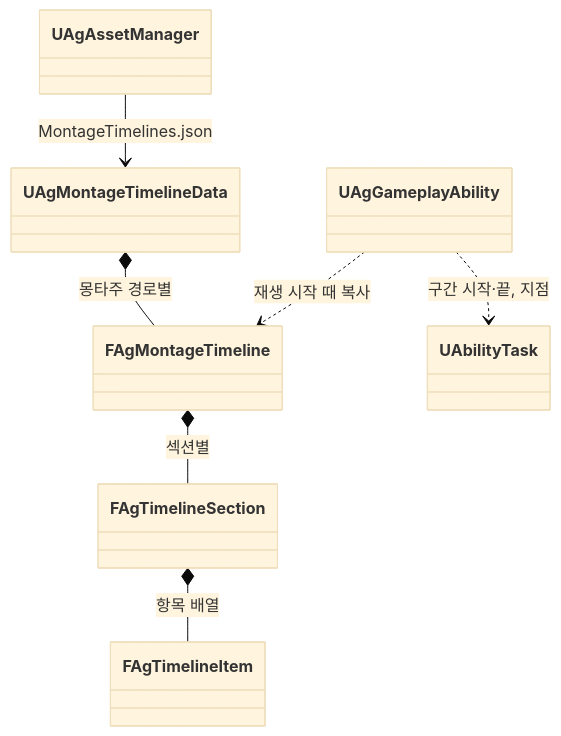
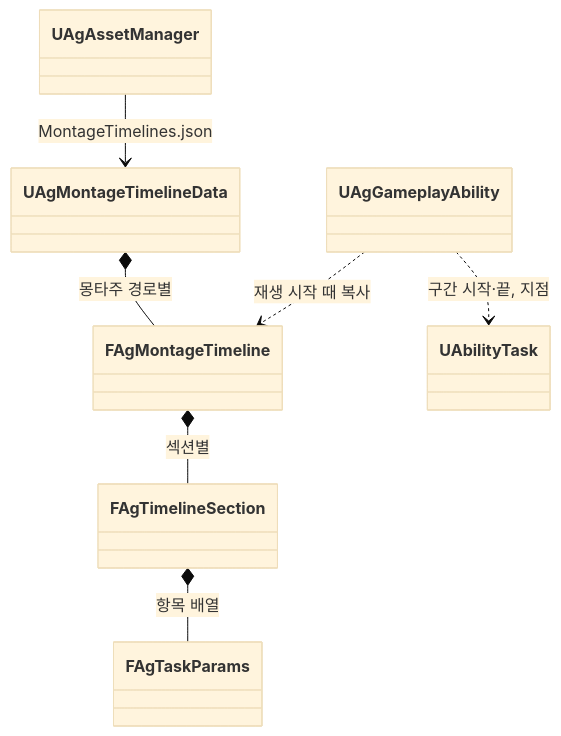
Before and after one commit to Woogl/Ag: the diagram in Docs/Program/몽타주 시간표.md, drawn with Mermaid (base theme). The commit also changed other lines of this file and 64 other files, not shown here.

````diff
--- a/Docs/Program/몽타주 시간표.md
+++ b/Docs/Program/몽타주 시간표.md
@@ -83,10 +69,10 @@
 ```mermaid
 classDiagram
     direction TB
     UAgAssetManager --> UAgMontageTimelineData : MontageTimelines.json
     UAgMontageTimelineData *-- FAgMontageTimeline : 몽타주 경로별
     FAgMontageTimeline *-- FAgTimelineSection : 섹션별
-    FAgTimelineSection *-- FAgTimelineItem : 항목 배열
+    FAgTimelineSection *-- FAgTaskParams : 항목 배열
     UAgGameplayAbility ..> FAgMontageTimeline : 재생 시작 때 복사
     UAgGameplayAbility ..> UAbilityTask : 구간 시작·끝, 지점
 ```
````
